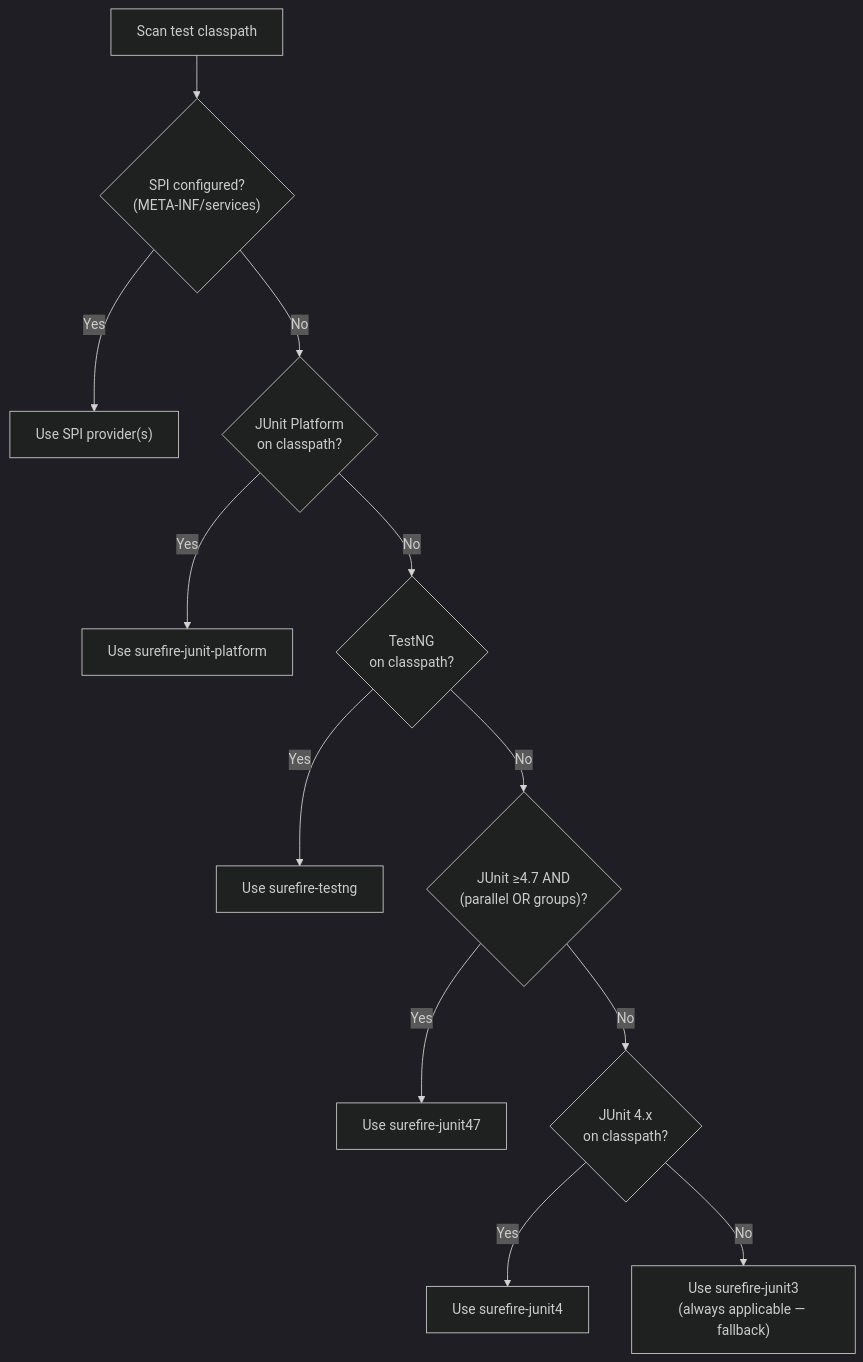
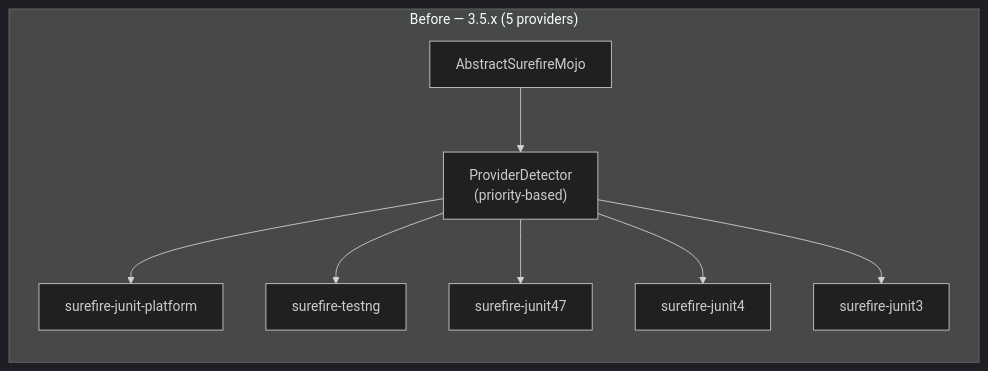
Before and after one commit to apache/maven-surefire: the third of 5 diagrams in maven-surefire-plugin/src/site/markdown/architecture.md, drawn with Mermaid (dark theme). The commit also changed other lines of this file and 1 other file, not shown here.

First line of the commit message:
Update architecture docs for unified test provider (#3313)

````diff
--- a/maven-surefire-plugin/src/site/markdown/architecture.md
+++ b/maven-surefire-plugin/src/site/markdown/architecture.md
@@ -214,14 +181,11 @@
 ```mermaid
-flowchart TD
-    Start["Scan test classpath"] --> SPI{"SPI configured?<br/>(META-INF/services)"}
-    SPI -->|Yes| UseSPI["Use SPI provider(s)"]
-    SPI -->|No| JP{"JUnit Platform<br/>on classpath?"}
-    JP -->|Yes| UseJP["Use surefire-junit-platform"]
-    JP -->|No| TNG{"TestNG<br/>on classpath?"}
-    TNG -->|Yes| UseTNG["Use surefire-testng"]
-    TNG -->|No| J47{"JUnit ≥4.7 AND<br/>(parallel OR groups)?"}
-    J47 -->|Yes| UseJ47["Use surefire-junit47"]
-    J47 -->|No| J4{"JUnit 4.x<br/>on classpath?"}
-    J4 -->|Yes| UseJ4["Use surefire-junit4"]
-    J4 -->|No| J3["Use surefire-junit3<br/>(always applicable — fallback)"]
+graph LR
+    subgraph "Before — 3.5.x (5 providers)"
+        M1["AbstractSurefireMojo"] --> PD1["ProviderDetector<br/>(priority-based)"]
+        PD1 --> JP1["surefire-junit-platform"]
+        PD1 --> TNG1["surefire-testng"]
+        PD1 --> J471["surefire-junit47"]
+        PD1 --> J41["surefire-junit4"]
+        PD1 --> J31["surefire-junit3"]
+    end
 ```
````
